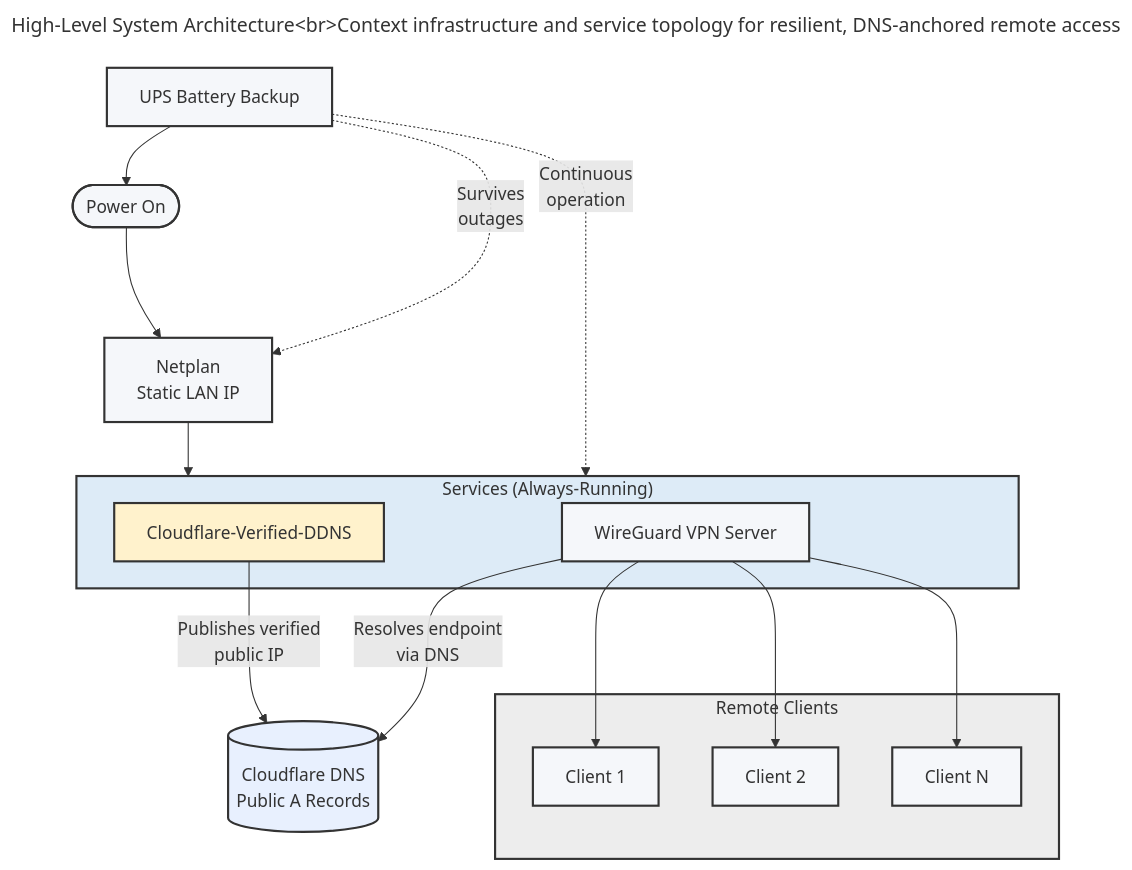
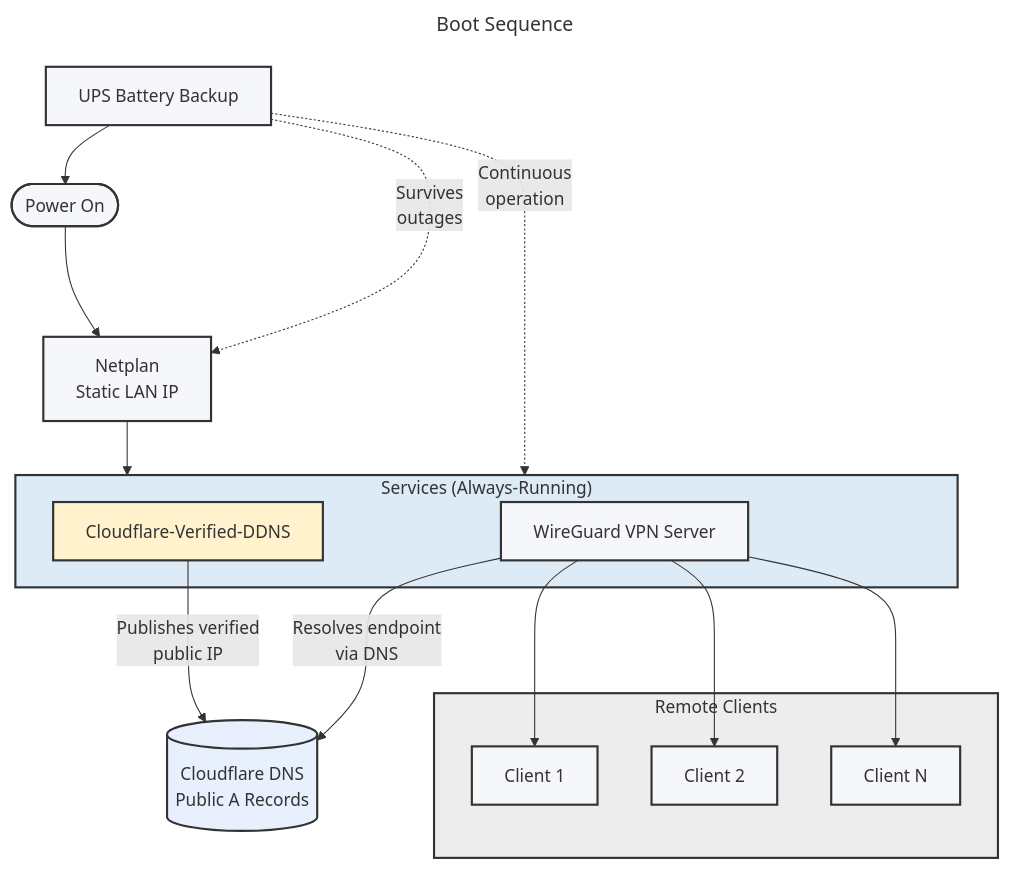
The second of 2 diagrams in docs/ARCHITECTURE.md (bkaewell/cloudflare-verified-ddns), drawn with Mermaid before and after one commit. The commit also changed other lines of this file, not shown here.

Commit message:
Add boot sequence mermaid diagram

````diff
--- a/docs/ARCHITECTURE.md
+++ b/docs/ARCHITECTURE.md
@@ -53,58 +65,61 @@
 ```mermaid
 ---
-title: High-Level System Architecture<br/>Context infrastructure and service topology for resilient, DNS-anchored remote access
+title: Boot Sequence
+config:
+   look: classic
+   theme: 'default'
 ---
 flowchart TB
     %% Power & Init (Context)
     UPS[UPS Battery Backup]
     BOOT([Power On])
     NET[Netplan<br/>Static LAN IP]
 
     %% Cloudflare (External System of Record)
     CF[(Cloudflare DNS<br/>Public A Records)]
 
     %% Services
     subgraph SERVICES["Services (Always-Running)"]
         DDNS[Cloudflare-Verified-DDNS]
         WG[WireGuard VPN Server]
     end
 
     %% VPN Clients
     subgraph CLIENTS["Remote Clients"]
         C1[Client 1]
         C2[Client 2]
         CN[Client N]
     end
 
     %% Power & Boot Context
     UPS --> BOOT
     UPS -. "Survives<br/>outages" .-> NET
     UPS -. "Continuous<br/>operation" .-> SERVICES
 
     BOOT --> NET
     NET --> SERVICES
 
     %% DNS as Shared Contract
     DDNS -->|Publishes verified<br/>public IP| CF
     WG -->|Resolves endpoint<br/> via DNS| CF
 
     %% VPN Usage
     WG --> C1
     WG --> C2
     WG --> CN
 
     %% Repo Link
     click DDNS "https://github.com/bkaewell/cloudflare-verified-ddns" "Open Cloudflare-Verified-DDNS Repo"
     click WG "https://github.com/bkaewell/wireguard-setup" "Open WireGuard VPN Server Repo"
 
     %% Styling
     classDef neutral fill:#f5f7fa,stroke:#333,stroke-width:2px;
     classDef focus fill:#fff2cc,stroke:#333,stroke-width:2px;
     classDef cloud fill:#e8f0fe,stroke:#333,stroke-width:2px;
 
     class UPS,BOOT,NET,WG,C1,C2,CN neutral;
     class DDNS focus;
     class CF cloud;
     style SERVICES fill:#ddebf7,stroke:#333,stroke-width:2px;
     style CLIENTS fill:#ededed,stroke:#333,stroke-width:2px;
 ```
````
